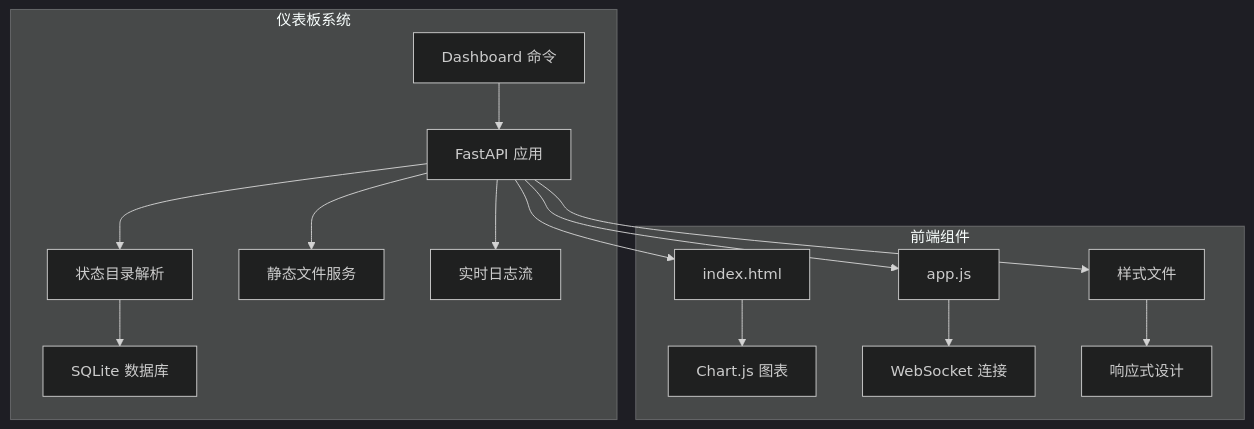
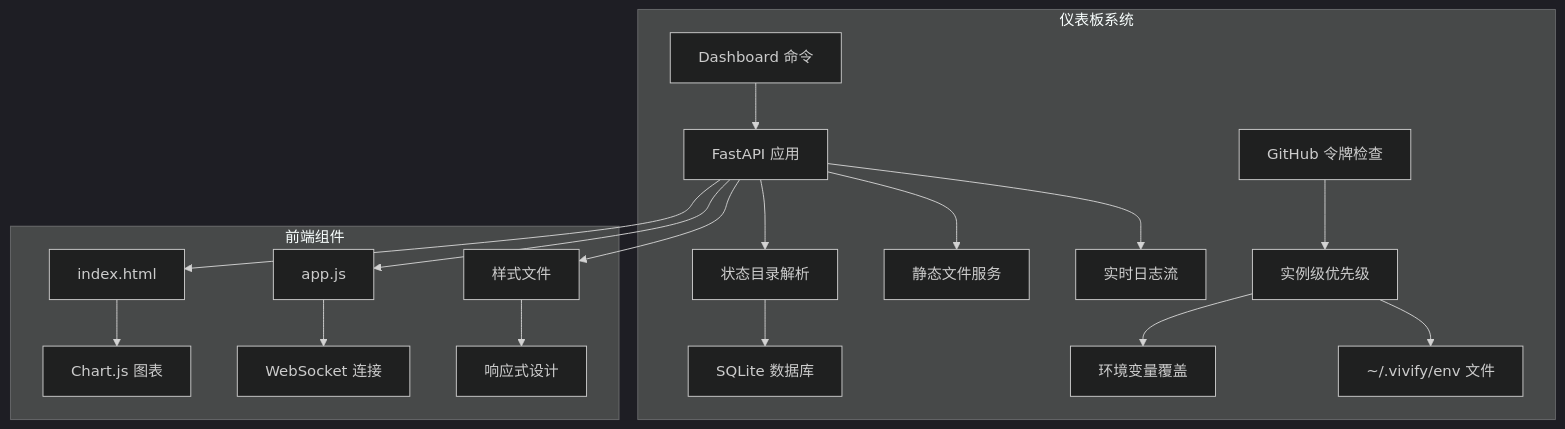
One commit to pinsonchen/vivify changed the seventh of 9 diagrams in .qoder/repowiki/zh/content/技术实现参考/配置文件更新/配置文件更新.md. Above: the diagram before and after it, drawn with Mermaid (dark theme). The commit also changed other lines of this file and 5 other files, not shown here.

````diff
--- a/.qoder/repowiki/zh/content/技术实现参考/配置文件更新/配置文件更新.md
+++ b/.qoder/repowiki/zh/content/技术实现参考/配置文件更新/配置文件更新.md
@@ -503,18 +548,21 @@
 ```mermaid
 graph TB
 subgraph "仪表板系统"
 A[Dashboard 命令] --> B[FastAPI 应用]
 B --> C[状态目录解析]
 C --> D[SQLite 数据库]
 B --> E[静态文件服务]
 B --> F[实时日志流]
+G[GitHub 令牌检查] --> H[实例级优先级]
+H --> I[环境变量覆盖]
+H --> J[~/.vivify/env 文件]
 end
 subgraph "前端组件"
-G[index.html] --> H[Chart.js 图表]
-I[app.js] --> J[WebSocket 连接]
-K[样式文件] --> L[响应式设计]
+K[index.html] --> L[Chart.js 图表]
+M[app.js] --> N[WebSocket 连接]
+O[样式文件] --> P[响应式设计]
 end
-B --> G
-B --> I
 B --> K
+B --> M
+B --> O
 ```
````
